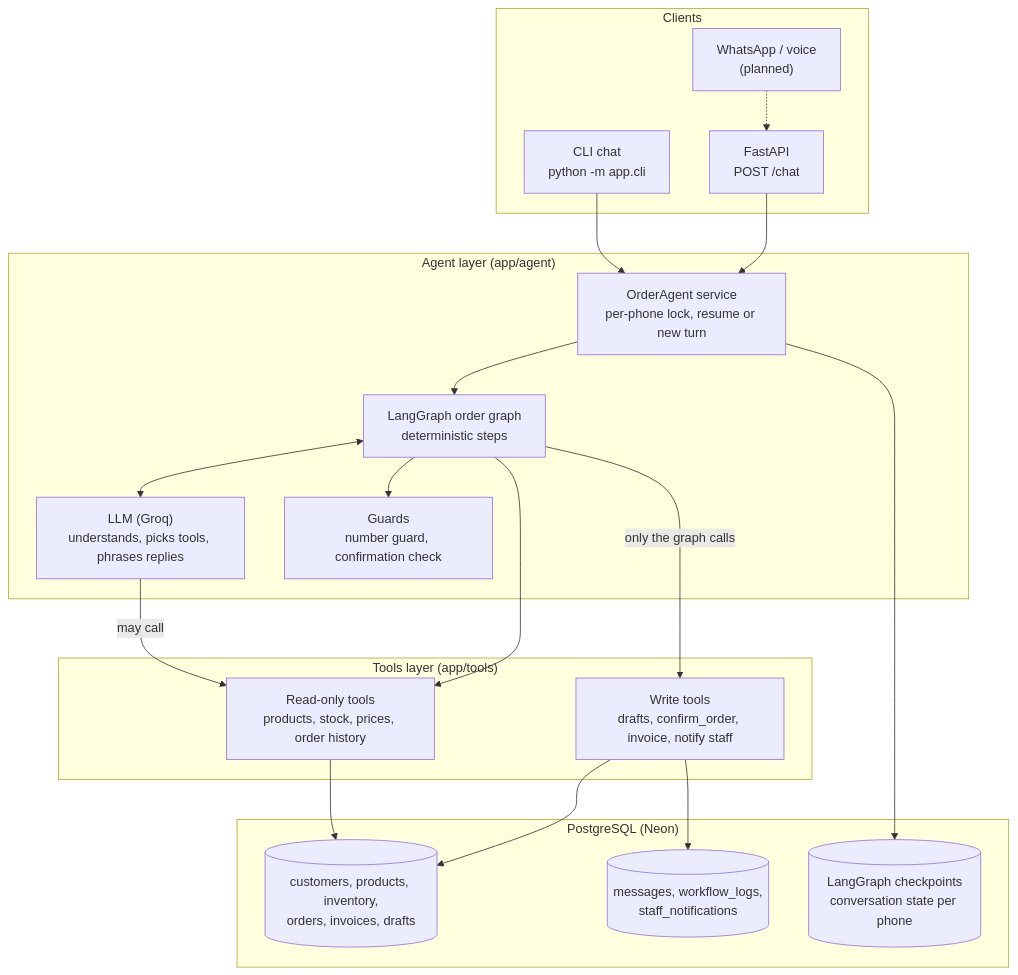
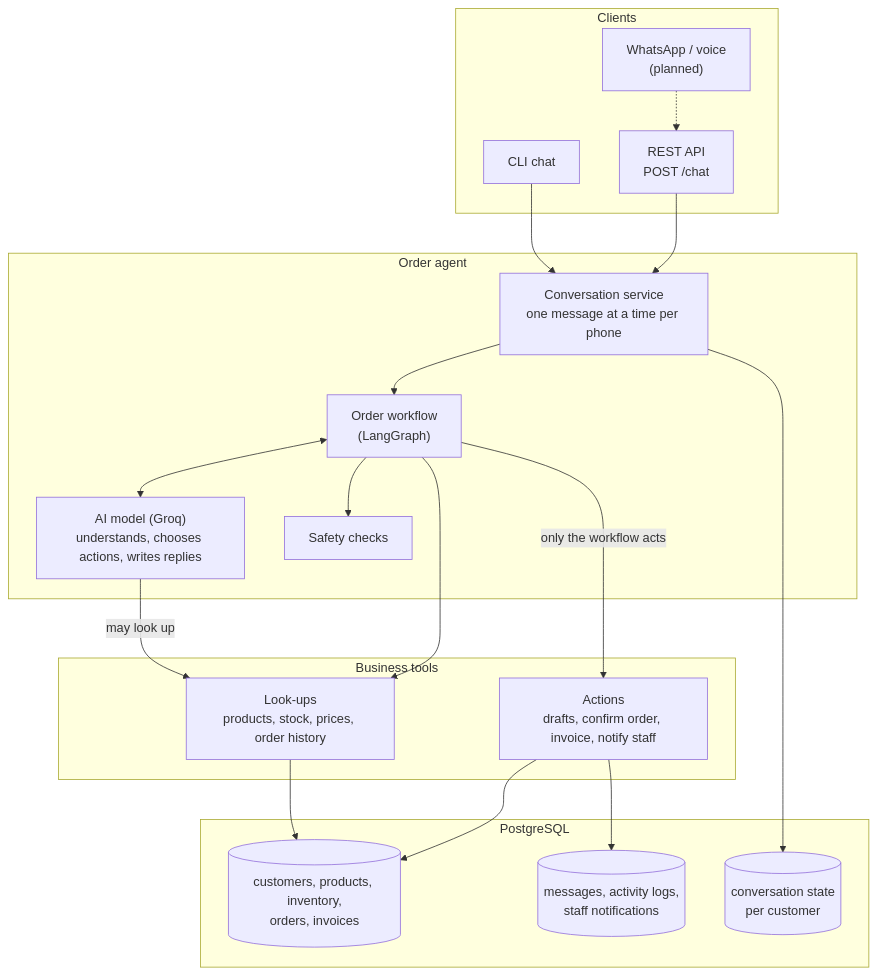
One commit to Nazir-Ahmed72/bizflow-ai changed the first of 5 diagrams in README.md. Above: the diagram before and after it, drawn with Mermaid. The commit also changed other lines of this file and 18 other files, not shown here.

````diff
--- a/README.md
+++ b/README.md
@@ -53,40 +75,40 @@
 ```mermaid
 flowchart TB
     subgraph Clients
-        CLI["CLI chat<br/>python -m app.cli"]
-        API["FastAPI<br/>POST /chat"]
+        CLI["CLI chat"]
+        API["REST API<br/>POST /chat"]
         Future["WhatsApp / voice<br/>(planned)"]
     end
 
-    subgraph Agent["Agent layer (app/agent)"]
-        Service["OrderAgent service<br/>per-phone lock, resume or new turn"]
-        Graph["LangGraph order graph<br/>deterministic steps"]
-        LLM["LLM (Groq)<br/>understands, picks tools, phrases replies"]
-        Guards["Guards<br/>number guard, confirmation check"]
+    subgraph Agent["Order agent"]
+        Service["Conversation service<br/>one message at a time per phone"]
+        Graph["Order workflow<br/>(LangGraph)"]
+        LLM["AI model (Groq)<br/>understands, chooses actions, writes replies"]
+        Guards["Safety checks"]
     end
 
-    subgraph Tools["Tools layer (app/tools)"]
-        Read["Read-only tools<br/>products, stock, prices, order history"]
-        Write["Write tools<br/>drafts, confirm_order, invoice, notify staff"]
+    subgraph Tools["Business tools"]
+        Read["Look-ups<br/>products, stock, prices, order history"]
+        Write["Actions<br/>drafts, confirm order, invoice, notify staff"]
     end
 
-    subgraph DB["PostgreSQL (Neon)"]
-        Business[("customers, products, inventory,<br/>orders, invoices, drafts")]
-        Audit[("messages, workflow_logs,<br/>staff_notifications")]
-        Checkpoints[("LangGraph checkpoints<br/>conversation state per phone")]
+    subgraph DB["PostgreSQL"]
+        Business[("customers, products, inventory,<br/>orders, invoices")]
+        Audit[("messages, activity logs,<br/>staff notifications")]
+        Checkpoints[("conversation state<br/>per customer")]
     end
 
     CLI --> Service
     API --> Service
     Future -.-> API
     Service --> Graph
     Graph <--> LLM
     Graph --> Guards
-    LLM -- "may call" --> Read
-    Graph -- "only the graph calls" --> Write
+    LLM -- "may look up" --> Read
+    Graph -- "only the workflow acts" --> Write
     Graph --> Read
     Read --> Business
     Write --> Business
     Write --> Audit
     Service --> Checkpoints
 ```
````
